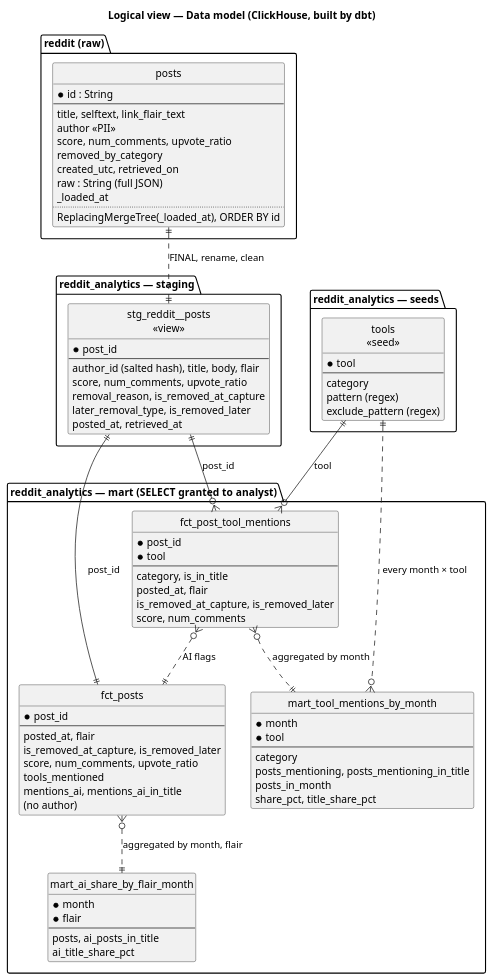
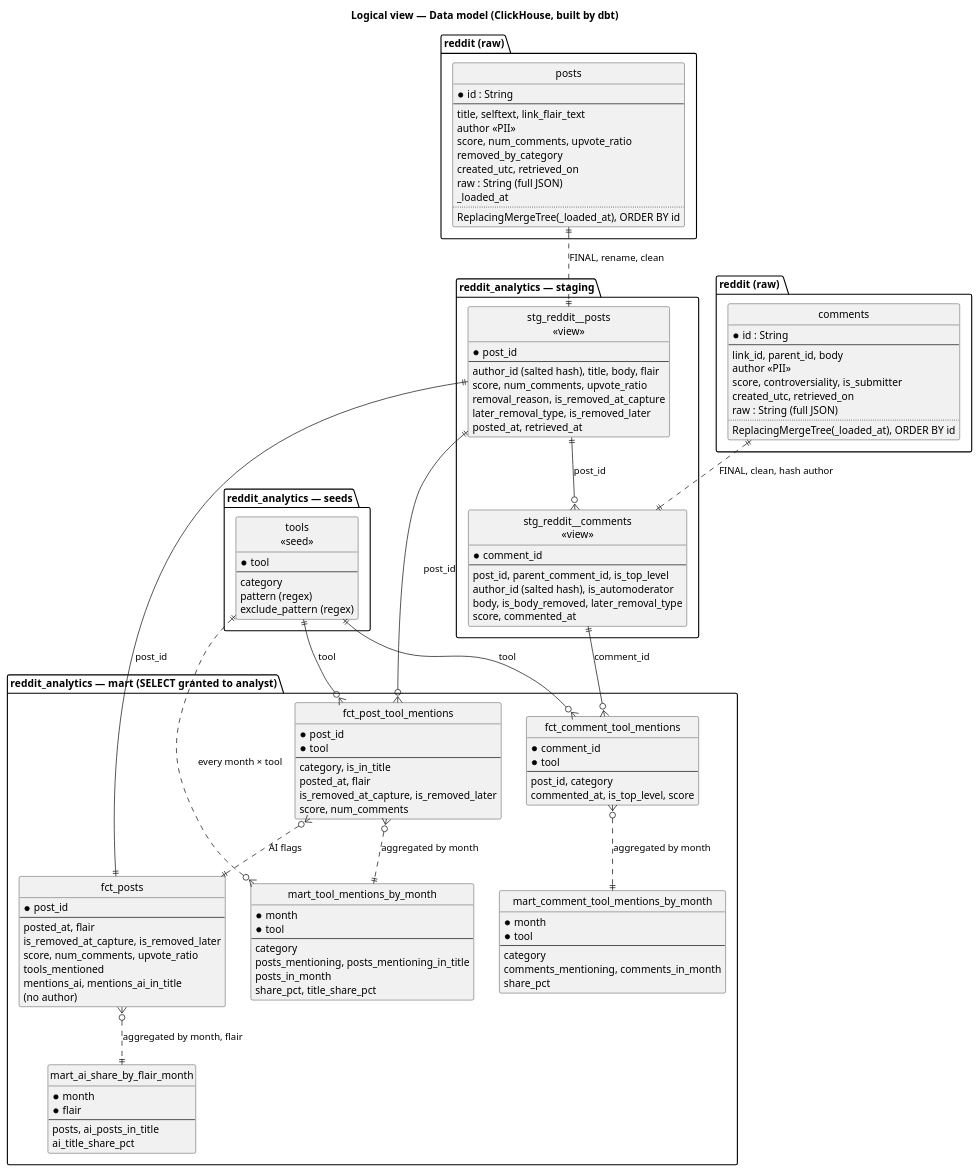
The diagram in docs/architecture/diagrams/logical-data-model.puml (modsomjeed/reddit-dataeng), drawn with PlantUML before and after one commit. The commit also changed 14 other files, not shown here.

Commit message:
docs(architecture): add comments to the 4+1 views

```diff
--- a/docs/architecture/diagrams/logical-data-model.puml
+++ b/docs/architecture/diagrams/logical-data-model.puml
@@ -1,91 +1,133 @@
 @startuml logical-data-model
 title Logical view — Data model (ClickHouse, built by dbt)
 skinparam shadowing false
 hide circle
 hide methods
 
 package "reddit (raw)" {
   entity "posts" as raw {
     * id : String
     --
     title, selftext, link_flair_text
     author <<PII>>
     score, num_comments, upvote_ratio
     removed_by_category
     created_utc, retrieved_on
     raw : String (full JSON)
     _loaded_at
     ..
     ReplacingMergeTree(_loaded_at), ORDER BY id
   }
 }
 
+package "reddit (raw) " as rawc {
+  entity "comments" as rawcom {
+    * id : String
+    --
+    link_id, parent_id, body
+    author <<PII>>
+    score, controversiality, is_submitter
+    created_utc, retrieved_on
+    raw : String (full JSON)
+    ..
+    ReplacingMergeTree(_loaded_at), ORDER BY id
+  }
+}
+
 package "reddit_analytics — staging" {
+  entity "stg_reddit__comments\n<<view>>" as stgc {
+    * comment_id
+    --
+    post_id, parent_comment_id, is_top_level
+    author_id (salted hash), is_automoderator
+    body, is_body_removed, later_removal_type
+    score, commented_at
+  }
   entity "stg_reddit__posts\n<<view>>" as stg {
     * post_id
     --
     author_id (salted hash), title, body, flair
     score, num_comments, upvote_ratio
     removal_reason, is_removed_at_capture
     later_removal_type, is_removed_later
     posted_at, retrieved_at
   }
 }
 
 package "reddit_analytics — seeds" {
   entity "tools\n<<seed>>" as tools {
     * tool
     --
     category
     pattern (regex)
     exclude_pattern (regex)
   }
 }
 
 package "reddit_analytics — mart  (SELECT granted to analyst)" {
+  entity "fct_comment_tool_mentions" as fctm {
+    * comment_id
+    * tool
+    --
+    post_id, category
+    commented_at, is_top_level, score
+  }
+  entity "mart_comment_tool_mentions_by_month" as mctm {
+    * month
+    * tool
+    --
+    category
+    comments_mentioning, comments_in_month
+    share_pct
+  }
   entity "fct_post_tool_mentions" as fptm {
     * post_id
     * tool
     --
     category, is_in_title
     posted_at, flair
     is_removed_at_capture, is_removed_later
     score, num_comments
   }
   entity "fct_posts" as fp {
     * post_id
     --
     posted_at, flair
     is_removed_at_capture, is_removed_later
     score, num_comments, upvote_ratio
     tools_mentioned
     mentions_ai, mentions_ai_in_title
     (no author)
   }
   entity "mart_tool_mentions_by_month" as mtm {
     * month
     * tool
     --
     category
     posts_mentioning, posts_mentioning_in_title
     posts_in_month
     share_pct, title_share_pct
   }
   entity "mart_ai_share_by_flair_month" as mai {
     * month
     * flair
     --
     posts, ai_posts_in_title
     ai_title_share_pct
   }
 }
 
 raw ||..|| stg : "FINAL, rename, clean"
 stg ||--o{ fptm : "post_id"
 tools ||--o{ fptm : "tool"
 stg ||--|| fp : "post_id"
 fptm }o..|| fp : "AI flags"
 fptm }o..|| mtm : "aggregated by month"
 tools ||..o{ mtm : "every month × tool"
 fp }o..|| mai : "aggregated by month, flair"
+rawcom ||..|| stgc : "FINAL, clean, hash author"
+stg ||--o{ stgc : "post_id"
+stgc ||--o{ fctm : "comment_id"
+tools ||--o{ fctm : "tool"
+fctm }o..|| mctm : "aggregated by month"
 @enduml
```
